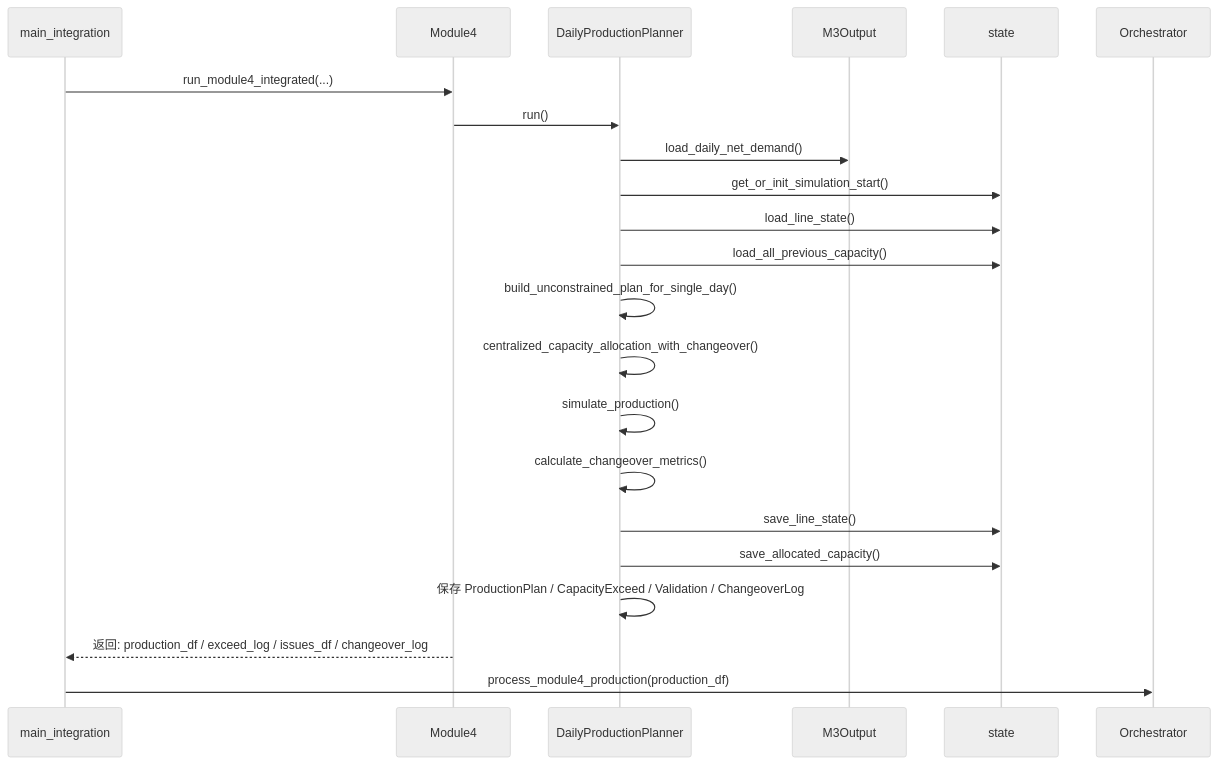
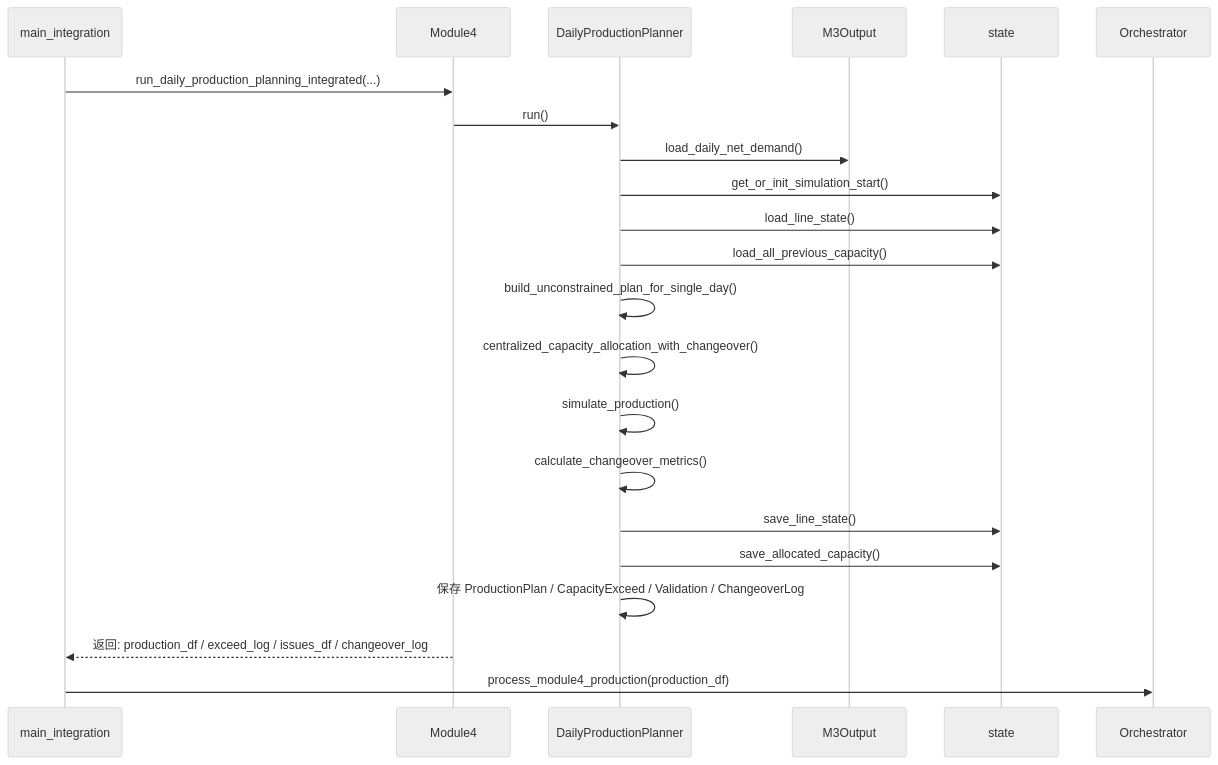
The fourth of 9 diagrams in docs/handover/refactored/01-architecture/module_sequence_diagrams.md (senzhang-ps/chainsight), drawn with Mermaid (neutral theme) before and after one commit. The commit also changed other lines of this file and 15 other files, not shown here.

````diff
--- a/docs/handover/refactored/01-architecture/module_sequence_diagrams.md
+++ b/docs/handover/refactored/01-architecture/module_sequence_diagrams.md
@@ -167,25 +167,25 @@
 ```mermaid
 sequenceDiagram
     participant MAIN as main_integration
     participant M4 as Module4
     participant M4MAIN as DailyProductionPlanner
     participant M3OUT as M3Output
     participant STATE as state
     participant ORC as Orchestrator
 
-    MAIN->>M4: run_module4_integrated(...)
+    MAIN->>M4: run_daily_production_planning_integrated(...)
     M4->>M4MAIN: run()
     M4MAIN->>M3OUT: load_daily_net_demand()
     M4MAIN->>STATE: get_or_init_simulation_start()
     M4MAIN->>STATE: load_line_state()
     M4MAIN->>STATE: load_all_previous_capacity()
     M4MAIN->>M4MAIN: build_unconstrained_plan_for_single_day()
     M4MAIN->>M4MAIN: centralized_capacity_allocation_with_changeover()
     M4MAIN->>M4MAIN: simulate_production()
     M4MAIN->>M4MAIN: calculate_changeover_metrics()
     M4MAIN->>STATE: save_line_state()
     M4MAIN->>STATE: save_allocated_capacity()
     M4MAIN->>M4MAIN: 保存 ProductionPlan / CapacityExceed / Validation / ChangeoverLog
     M4-->>MAIN: 返回: production_df / exceed_log / issues_df / changeover_log
     MAIN->>ORC: process_module4_production(production_df)
 ```
````
